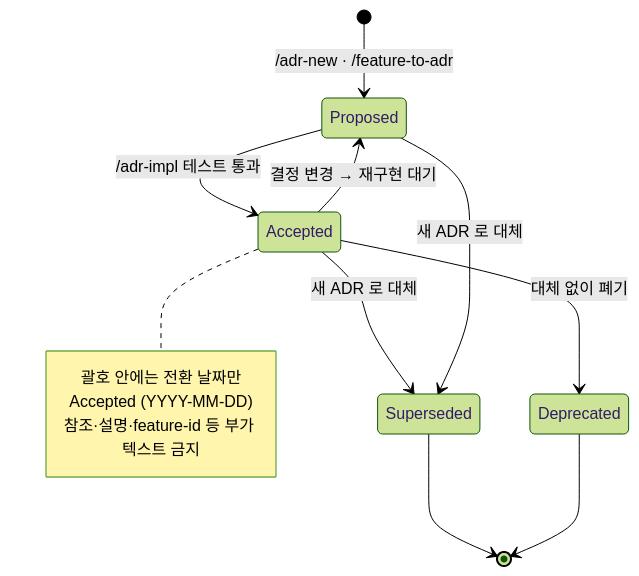
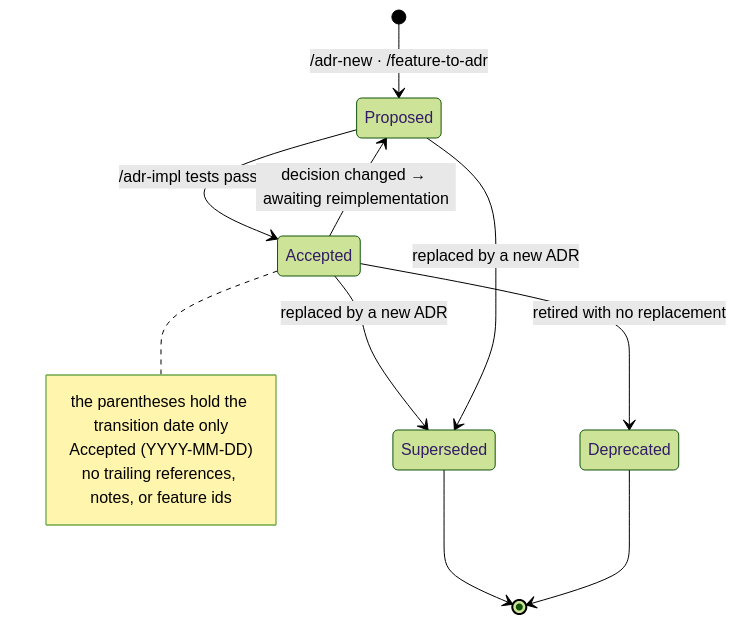
One commit to haandol/alps-writer-mcp changed the second of 3 diagrams in docs/adr-process.md. Above: the diagram before and after it, drawn with Mermaid (forest theme). The commit also changed other lines of this file and 40 other files, not shown here.

````diff
--- a/docs/adr-process.md
+++ b/docs/adr-process.md
@@ -94,17 +94,17 @@
 ```mermaid
 stateDiagram-v2
     [*] --> Proposed: /adr-new · /feature-to-adr
-    Proposed --> Accepted: /adr-impl 테스트 통과
-    Accepted --> Proposed: 결정 변경 → 재구현 대기
-    Accepted --> Deprecated: 대체 없이 폐기
-    Accepted --> Superseded: 새 ADR 로 대체
-    Proposed --> Superseded: 새 ADR 로 대체
+    Proposed --> Accepted: /adr-impl tests pass
+    Accepted --> Proposed: decision changed → awaiting reimplementation
+    Accepted --> Deprecated: retired with no replacement
+    Accepted --> Superseded: replaced by a new ADR
+    Proposed --> Superseded: replaced by a new ADR
     Superseded --> [*]
     Deprecated --> [*]
 
     note right of Accepted
-        괄호 안에는 전환 날짜만
+        the parentheses hold the transition date only
         Accepted (YYYY-MM-DD)
-        참조·설명·feature-id 등 부가 텍스트 금지
+        no trailing references, notes, or feature ids
     end note
 ```
````
